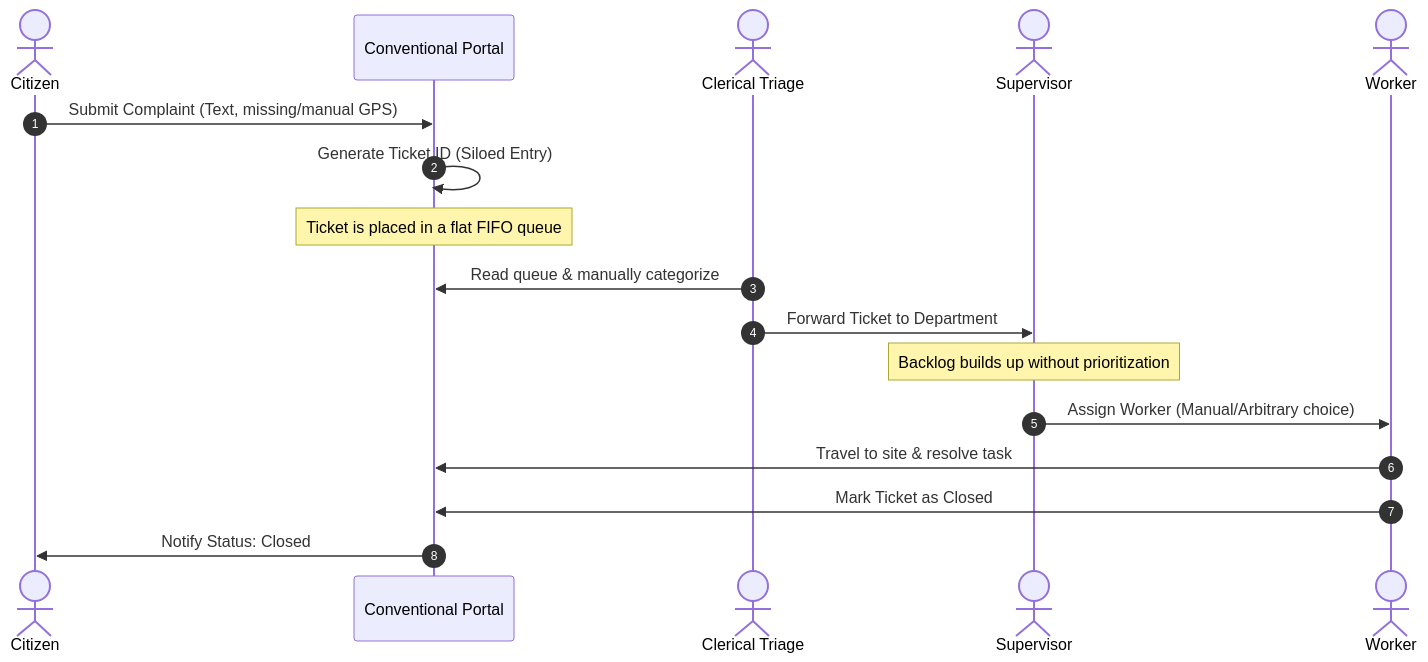
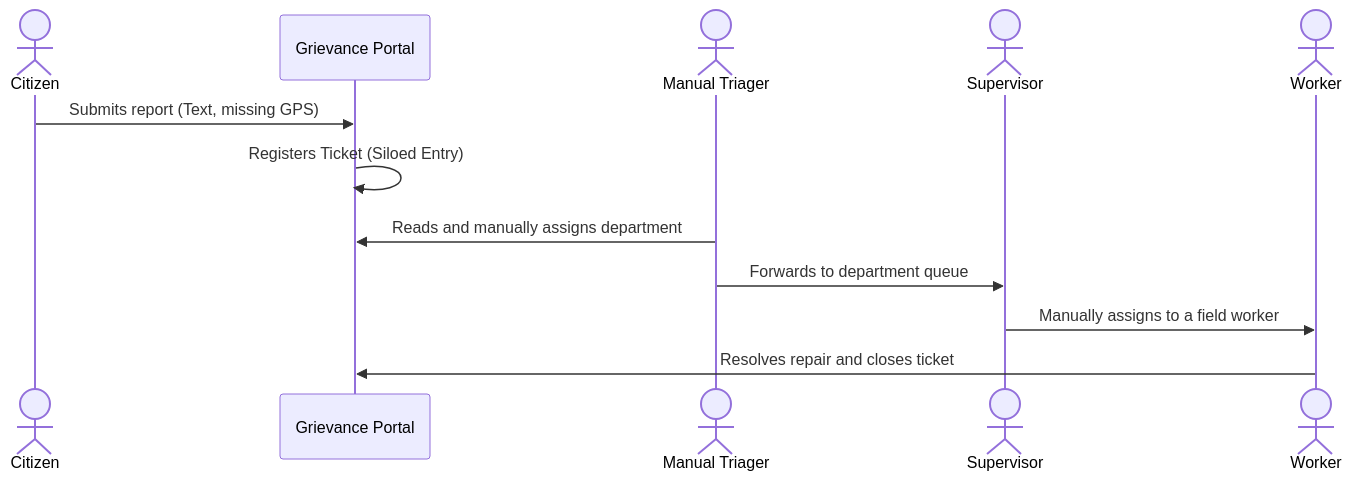
The diagram in docs/02-problem/02-existing-system.md (Sanjay-Mathivanan/DecisionOS), drawn with Mermaid before and after one commit. The commit also changed other lines of this file and 7 other files, not shown here.

````diff
--- a/docs/02-problem/02-existing-system.md
+++ b/docs/02-problem/02-existing-system.md
@@ -23,20 +17,15 @@
 ```mermaid
 sequenceDiagram
-    autonumber
     actor Citizen
-    participant Sys as Conventional Portal
-    actor Admin as Clerical Triage
+    participant App as Grievance Portal
+    actor Clerk as Manual Triager
     actor Supervisor
     actor Worker
 
-    Citizen->>Sys: Submit Complaint (Text, missing/manual GPS)
-    Sys->>Sys: Generate Ticket ID (Siloed Entry)
-    Note over Sys: Ticket is placed in a flat FIFO queue
-    Admin->>Sys: Read queue & manually categorize
-    Admin->>Supervisor: Forward Ticket to Department
-    Note over Supervisor: Backlog builds up without prioritization
-    Supervisor->>Worker: Assign Worker (Manual/Arbitrary choice)
-    Worker->>Sys: Travel to site & resolve task
-    Worker->>Sys: Mark Ticket as Closed
-    Sys->>Citizen: Notify Status: Closed
+    Citizen->>App: Submits report (Text, missing GPS)
+    App->>App: Registers Ticket (Siloed Entry)
+    Clerk->>App: Reads and manually assigns department
+    Clerk->>Supervisor: Forwards to department queue
+    Supervisor->>Worker: Manually assigns to a field worker
+    Worker->>App: Resolves repair and closes ticket
 ```
````
